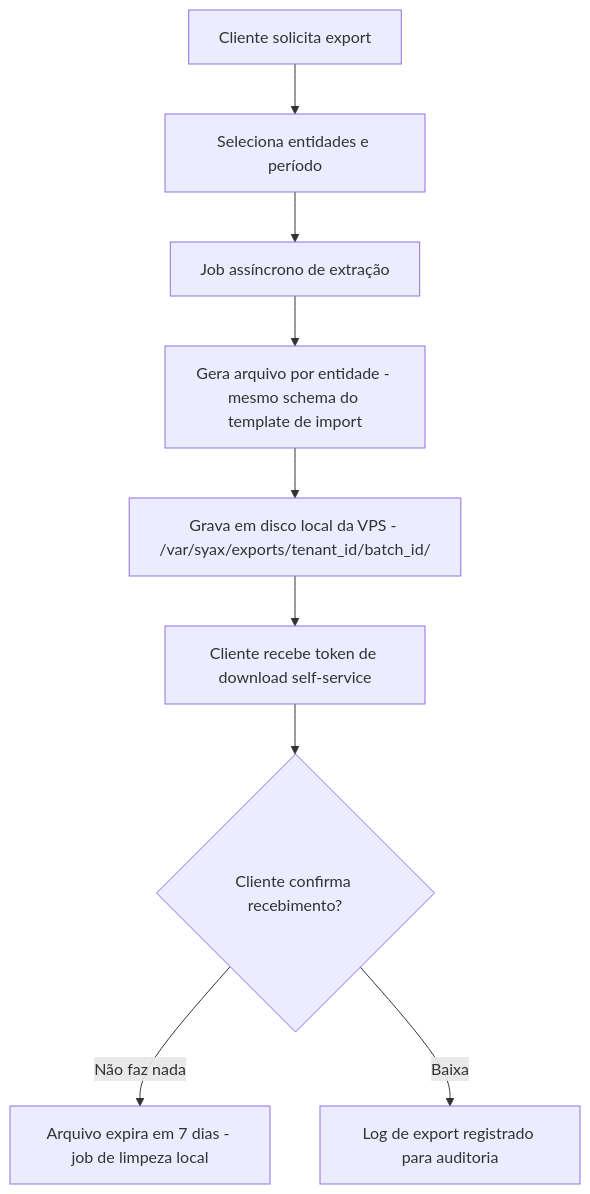
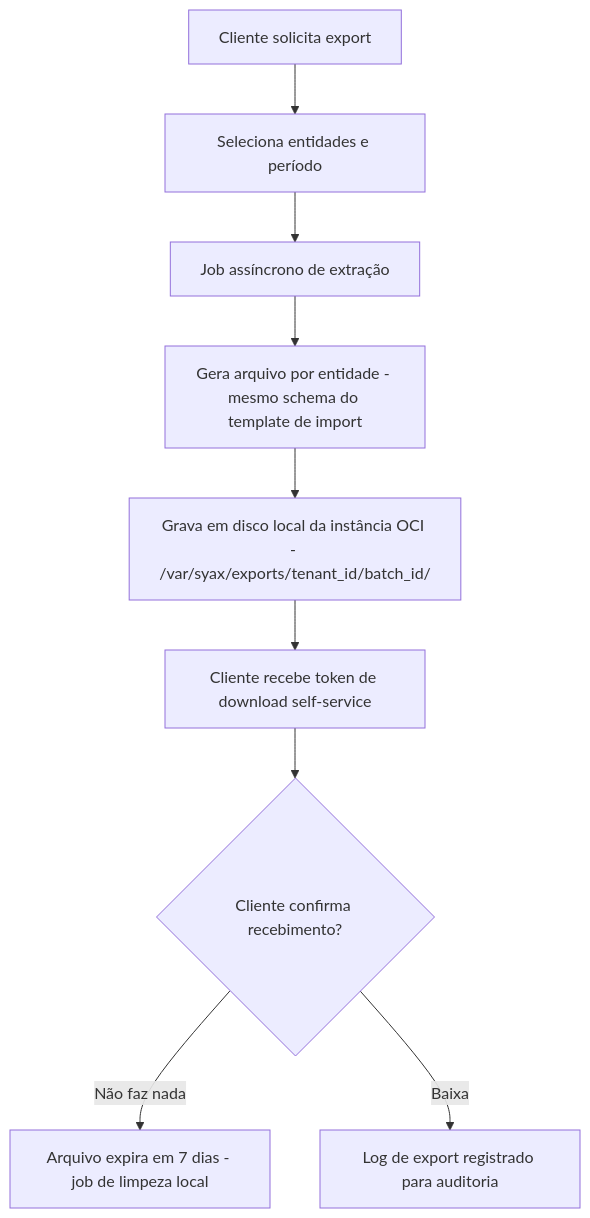
The first of 4 diagrams in spec/onboarding-pagamento/exportacao-dados-syax.md (looperperp-main/lerp-system), drawn with Mermaid before and after one commit. The commit also changed other lines of this file and 34 other files, not shown here.

````diff
--- a/spec/onboarding-pagamento/exportacao-dados-syax.md
+++ b/spec/onboarding-pagamento/exportacao-dados-syax.md
@@ -29,11 +29,11 @@
 ```mermaid
 flowchart TD
     A[Cliente solicita export] --> B[Seleciona entidades e período]
     B --> C[Job assíncrono de extração]
     C --> D[Gera arquivo por entidade - mesmo schema do template de import]
-    D --> E[Grava em disco local da VPS - /var/syax/exports/tenant_id/batch_id/]
+    D --> E[Grava em disco local da instância OCI - /var/syax/exports/tenant_id/batch_id/]
     E --> F[Cliente recebe token de download self-service]
     F --> G{Cliente confirma recebimento?}
     G -->|Não faz nada| H[Arquivo expira em 7 dias - job de limpeza local]
     G -->|Baixa| I[Log de export registrado para auditoria]
 ```
````
